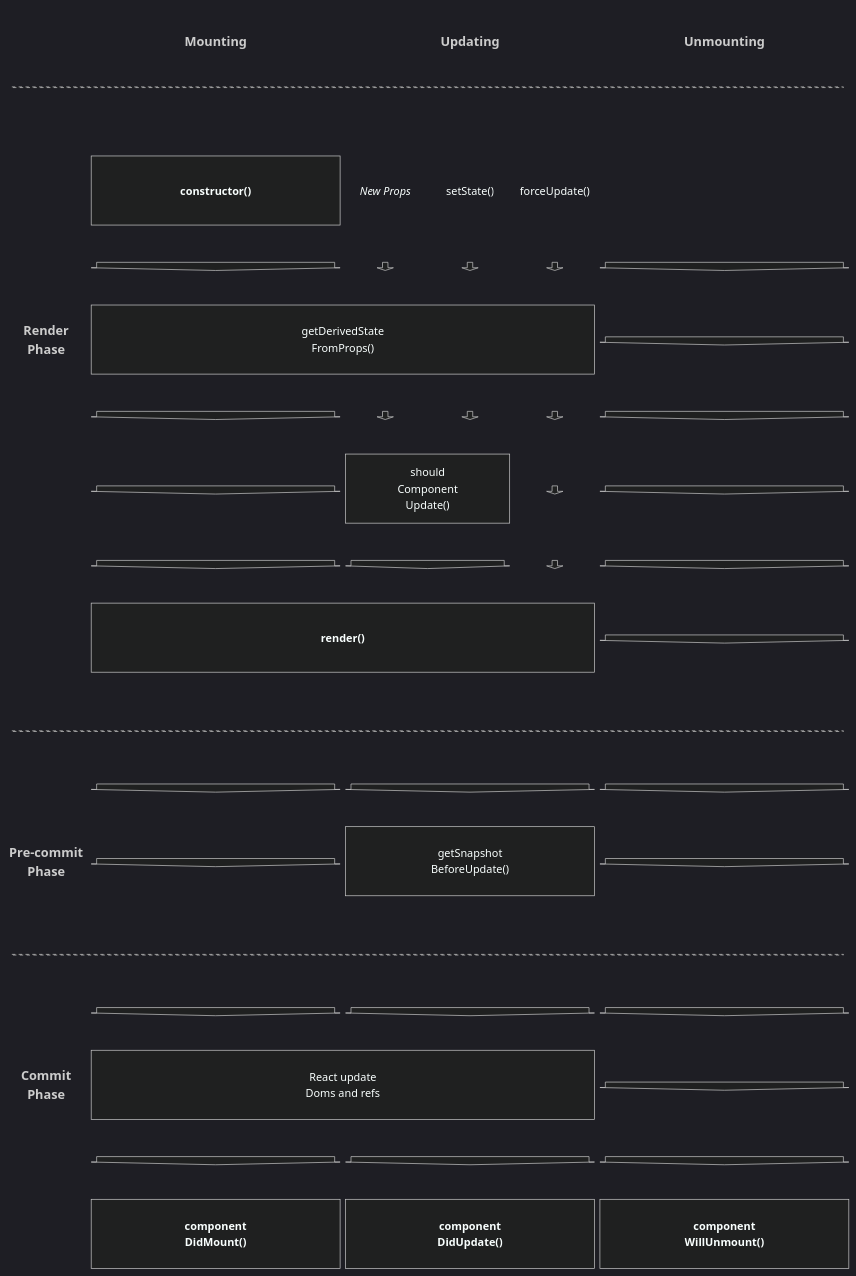
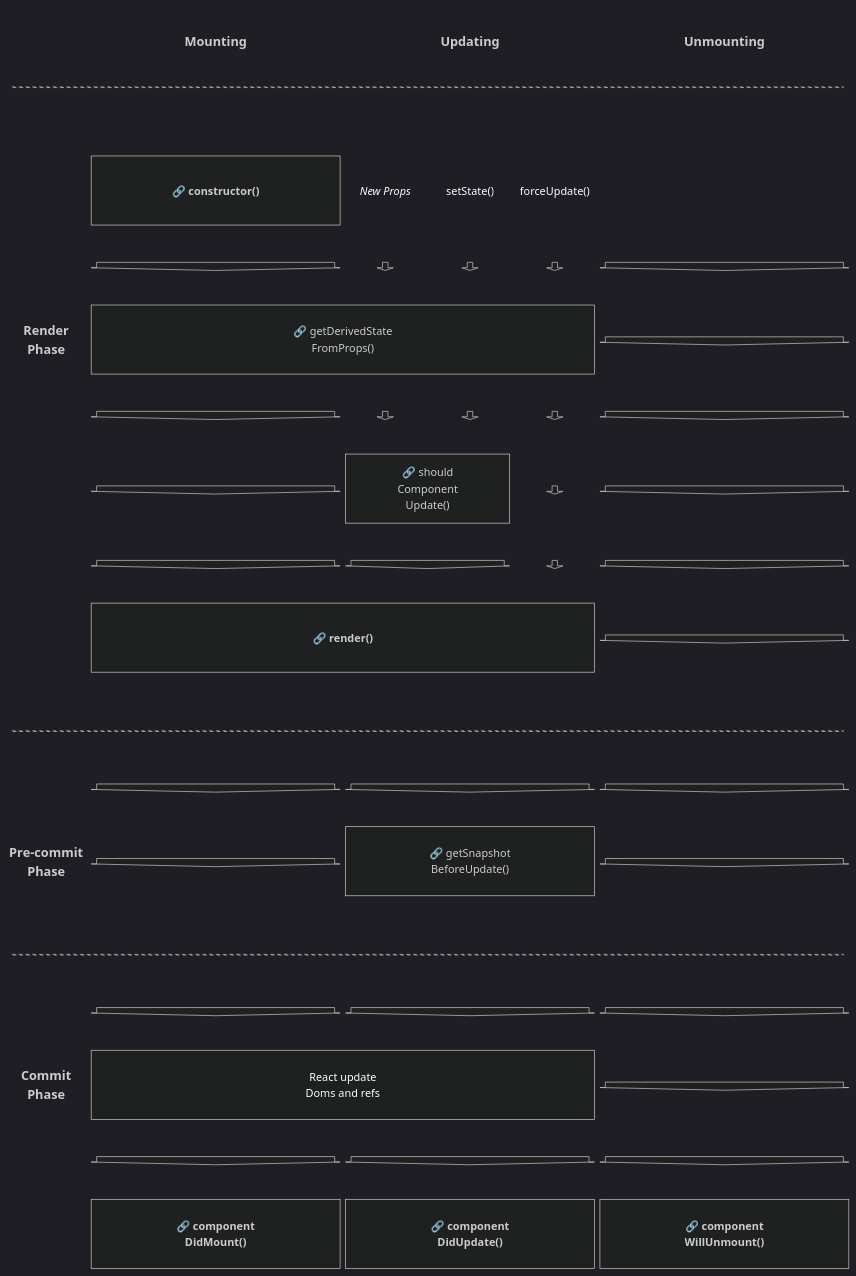
Before and after one commit to hkleungai/react-life-cycle-vis: the diagram in README.md, drawn with Mermaid.

Commit message:
feat: add doc link to nodes

```diff
--- a/README.md
+++ b/README.md
@@ -42,7 +42,7 @@
 %% row 3
     space:1
 
-    constructorCall["<b>constructor()</b>"]:3
+    constructorCall["🔗 <b><a href="https://legacy.reactjs.org/docs/react-component.html#constructor" style="text-decoration:none;color:#ccc;">constructor()</a></b>"]:3
 
     NewProps["<i>New Props</i>"]
     class NewProps BORDER_NONE
@@ -69,7 +69,7 @@
     renderPhase["<h3>Render\nPhase</h3>"]:1
     class renderPhase BORDER_NONE
 
-    getDerivedStateFromPropsCall["getDerivedState\nFromProps()"]:6
+    getDerivedStateFromPropsCall["<a href="https://legacy.reactjs.org/docs/react-component.html#static-getderivedstatefromprops" style="text-decoration:none;color:#ccc;">🔗 getDerivedState\nFromProps()</a>"]:6
 
     A_ROW_5_COL_8_10 <[" "]>(down):3
 
@@ -89,7 +89,7 @@
 
     A_ROW_7_COL_2_4 <[" "]>(down):3
 
-    shouldComponentUpdateCall["should\nComponent\nUpdate()"]:2
+    shouldComponentUpdateCall["<a href="https://legacy.reactjs.org/docs/react-component.html#shouldcomponentupdate" style="text-decoration:none;color:#ccc;">🔗 should\nComponent\nUpdate()</a>"]:2
     A_ROW_7_COL_6_7 <[" "]>(down):1
 
     A_ROW_7_COL_8_10 <[" "]>(down):3
@@ -108,7 +108,7 @@
 %% row 9
     space:1
 
-    renderCall["<b>render()</b>"]:6
+    renderCall["🔗 <b><a href="https://legacy.reactjs.org/docs/react-component.html#render" style="text-decoration:none;color:#ccc;">render()</a></b>"]:6
 
     A_ROW_9_COL_8_10 <[" "]>(down):3
 
@@ -140,7 +140,7 @@
 
     A_ROW_12_COL_2_4 <[" "]>(down):3
 
-    getSnapshotBeforeUpdateCall["getSnapshot\nBeforeUpdate()"]:3
+    getSnapshotBeforeUpdateCall["<a href="https://legacy.reactjs.org/docs/react-component.html#getsnapshotbeforeupdate" style="text-decoration:none;color:#ccc;">🔗 getSnapshot\nBeforeUpdate()</a>"]:3
 
     A_ROW_12_COL_8_10 <[" "]>(down):3
 
@@ -184,9 +184,9 @@
 %% row 17
     space:1
 
-    componentDidMountCall["<b>component\nDidMount()</b>"]:3
-    componentDidUpdateCall["<b>component\nDidUpdate()</b>"]:3
-    componentWillUnmountCall["<b>component\nWillUnmount()</b>"]:3
+    componentDidMountCall["🔗 <b><a href="https://legacy.reactjs.org/docs/react-component.html#componentdidmount" style="text-decoration:none;color:#ccc;">component\nDidMount()</a></b>"]:3
+    componentDidUpdateCall["🔗 <b><a href="https://legacy.reactjs.org/docs/react-component.html#componentdidupdate" style="text-decoration:none;color:#ccc;">component\nDidUpdate()</a></b>"]:3
+    componentWillUnmountCall["🔗 <b><a href="https://legacy.reactjs.org/docs/react-component.html#componentwillunmount" style="text-decoration:none;color:#ccc;">component\nWillUnmount()</a></b>"]:3
 
 %% row inf
 DL_ROW_INF_SUBROW_1[" "]:10
```
